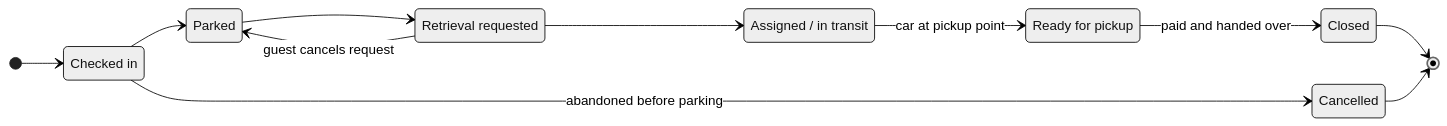
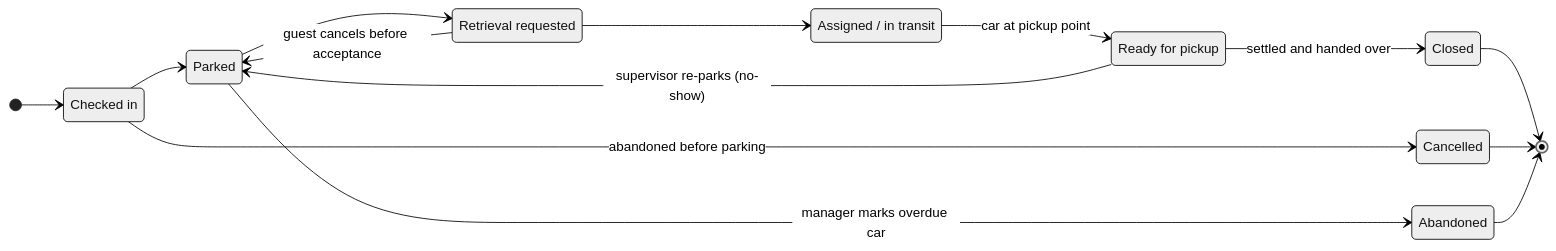
Before and after one commit to susheelsanagapalli/valet-parking-system: the second of 2 diagrams in docs/SRS.md, drawn with Mermaid (neutral theme). The commit also changed other lines of this file and 1 other file, not shown here.

````diff
--- a/docs/SRS.md
+++ b/docs/SRS.md
@@ -342,19 +375,22 @@
 ```mermaid
 stateDiagram-v2
     direction LR
     [*] --> CheckedIn
     CheckedIn --> Parked
     CheckedIn --> Cancelled: abandoned before parking
     Parked --> RetrievalRequested
-    RetrievalRequested --> Parked: guest cancels request
+    Parked --> Abandoned: manager marks overdue car
+    RetrievalRequested --> Parked: guest cancels before acceptance
     RetrievalRequested --> AssignedInTransit
     AssignedInTransit --> ReadyForPickup: car at pickup point
-    ReadyForPickup --> Closed: paid and handed over
+    ReadyForPickup --> Parked: supervisor re-parks (no-show)
+    ReadyForPickup --> Closed: settled and handed over
     Closed --> [*]
     Cancelled --> [*]
+    Abandoned --> [*]
 
     CheckedIn: Checked in
     RetrievalRequested: Retrieval requested
     AssignedInTransit: Assigned / in transit
     ReadyForPickup: Ready for pickup
 ```
````
